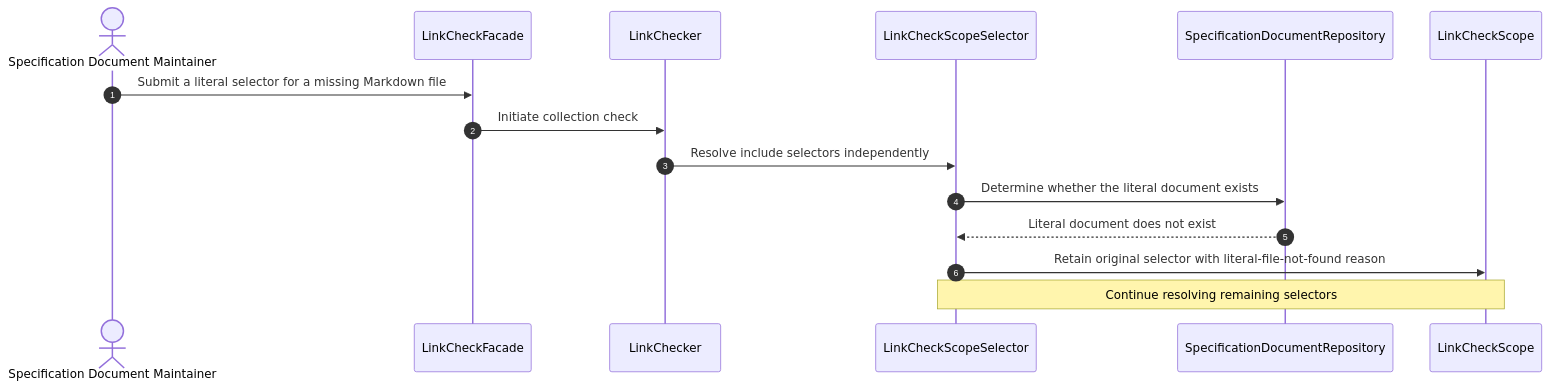
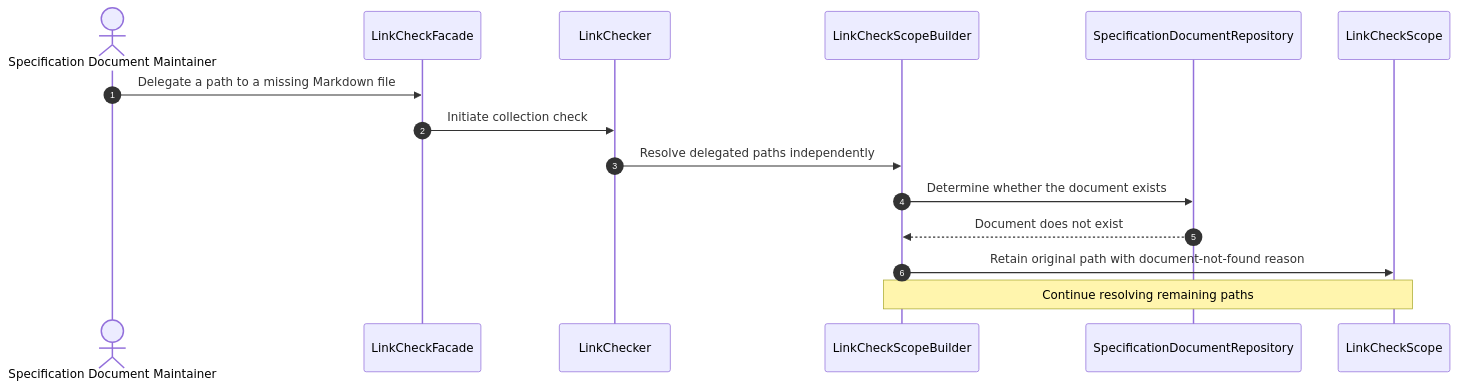
Diagram 26 of 42 in specs/md-linkage/design.md (huang-xiao-jian/bluey), drawn with Mermaid before and after one commit. The commit also changed other lines of this file and 7 other files, not shown here.

Commit message:
docs(md-linkage): define delegation and scope builder

````diff
--- a/specs/md-linkage/design.md
+++ b/specs/md-linkage/design.md
@@ -966,18 +849,18 @@
 ```mermaid
 sequenceDiagram
     autonumber
     actor Maintainer as Specification Document Maintainer
     participant Submission as LinkCheckFacade
     participant Check as LinkChecker
-    participant Selection as LinkCheckScopeSelector
+    participant Selection as LinkCheckScopeBuilder
     participant Access as SpecificationDocumentRepository
     participant Scope as LinkCheckScope
 
-    Maintainer->>Submission: Submit a literal selector for a missing Markdown file
+    Maintainer->>Submission: Delegate a path to a missing Markdown file
     Submission->>Check: Initiate collection check
-    Check->>Selection: Resolve include selectors independently
-    Selection->>Access: Determine whether the literal document exists
-    Access-->>Selection: Literal document does not exist
-    Selection->>Scope: Retain original selector with literal-file-not-found reason
-    Note over Selection,Scope: Continue resolving remaining selectors
+    Check->>Selection: Resolve delegated paths independently
+    Selection->>Access: Determine whether the document exists
+    Access-->>Selection: Document does not exist
+    Selection->>Scope: Retain original path with document-not-found reason
+    Note over Selection,Scope: Continue resolving remaining paths
 ```
````
